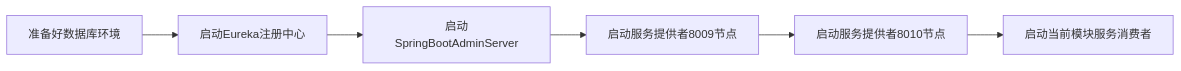
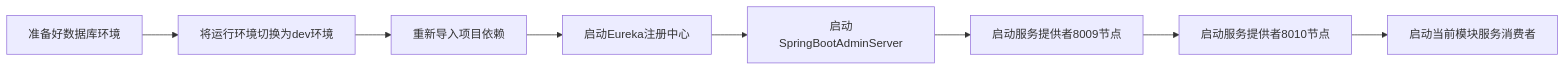
Before and after one commit to lingwh1995/books: diagram 31 of 31 in backend/springcloud/springcloud-eureka/springcloud-eureka.md, drawn with Mermaid. The commit also changed other lines of this file and 6 other files, not shown here.

````diff
--- a/backend/springcloud/springcloud-eureka/springcloud-eureka.md
+++ b/backend/springcloud/springcloud-eureka/springcloud-eureka.md
@@ -2515,8 +2582,10 @@
 ```mermaid
 flowchart LR
-    准备好数据库环境-->启动Eureka注册中心
+    准备好数据库环境-->将运行环境切换为dev环境
+    将运行环境切换为dev环境-->重新导入项目依赖
+    重新导入项目依赖-->启动Eureka注册中心
     启动Eureka注册中心-->启动SpringBootAdminServer
     启动SpringBootAdminServer-->启动服务提供者8009节点
     启动服务提供者8009节点-->启动服务提供者8010节点
     启动服务提供者8010节点-->启动当前模块服务消费者
 ```
````
